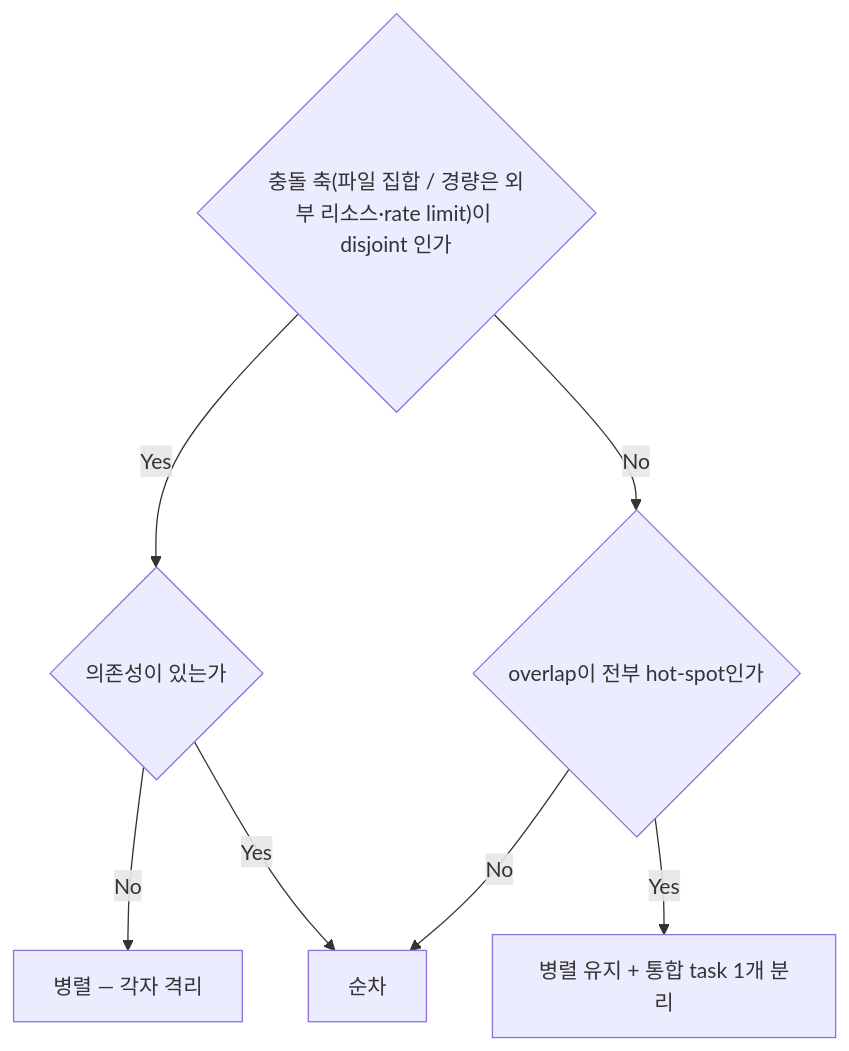
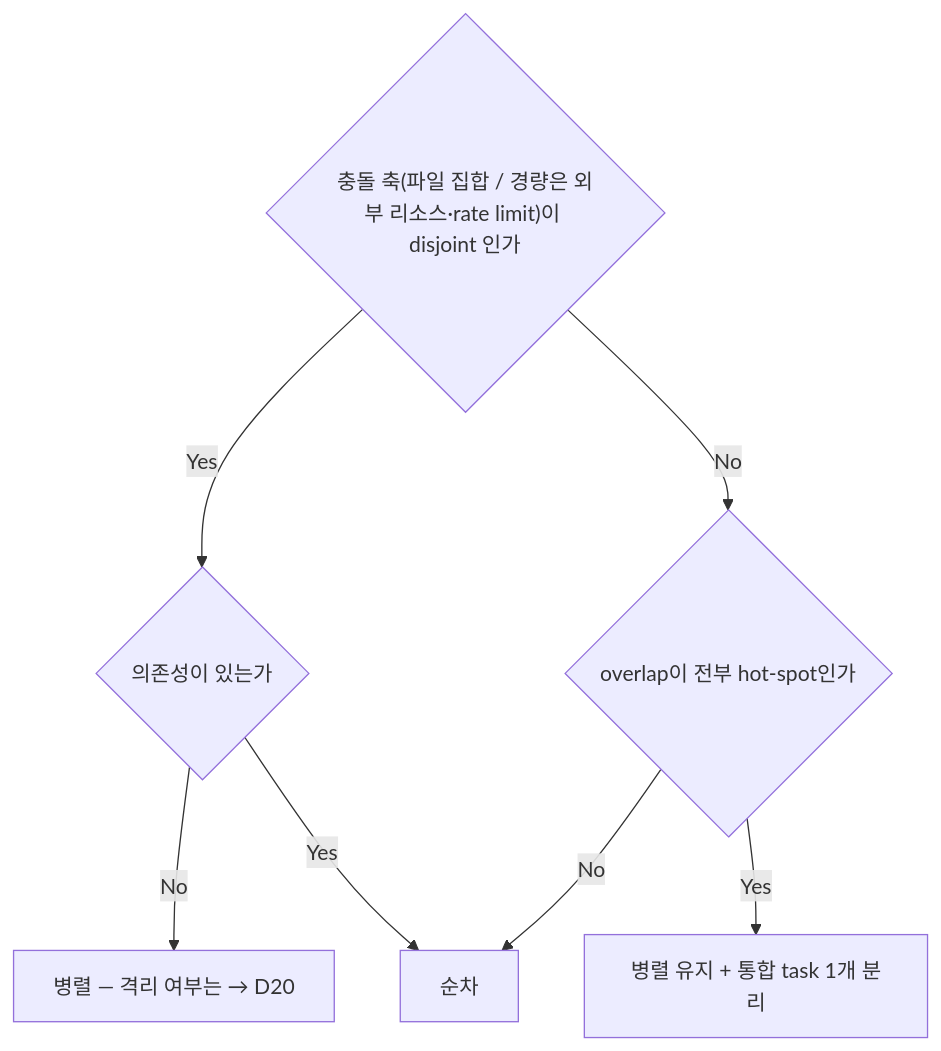
The third of 8 diagrams in plugins/atelier/skills/orchestrator/references/dispatch-planning.md (kys0213/kys-claude-plugin), drawn with Mermaid before and after one commit. The commit also changed other lines of this file, not shown here.

````diff
--- a/plugins/atelier/skills/orchestrator/references/dispatch-planning.md
+++ b/plugins/atelier/skills/orchestrator/references/dispatch-planning.md
@@ -72,9 +72,9 @@
 ```mermaid
 flowchart TD
   D14_q1{"충돌 축(파일 집합 / 경량은 외부 리소스·rate limit)이 disjoint 인가"} -->|Yes| D14_q2{"의존성이 있는가"}
   D14_q1 -->|No| D14_q3{"overlap이 전부 hot-spot인가"}
-  D14_q2 -->|No| D14_t1["병렬 — 각자 격리"]
+  D14_q2 -->|No| D14_t1["병렬 — 격리 여부는 → D20"]
   D14_q2 -->|Yes| D14_t2["순차"]
   D14_q3 -->|Yes| D14_t3["병렬 유지 + 통합 task 1개 분리"]
   D14_q3 -->|No| D14_t2
 ```
````
